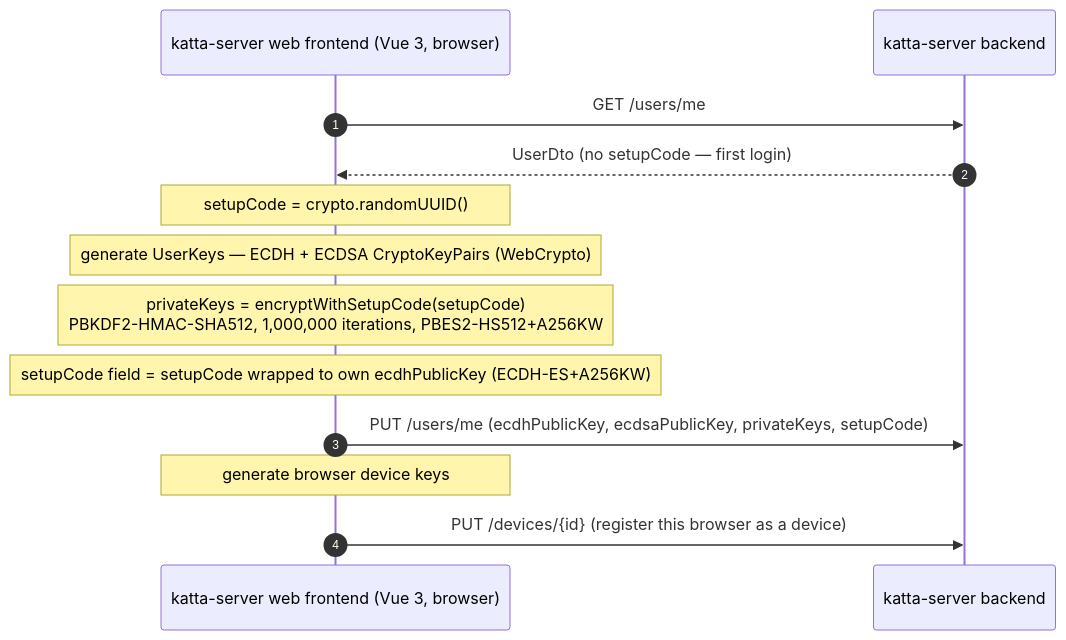
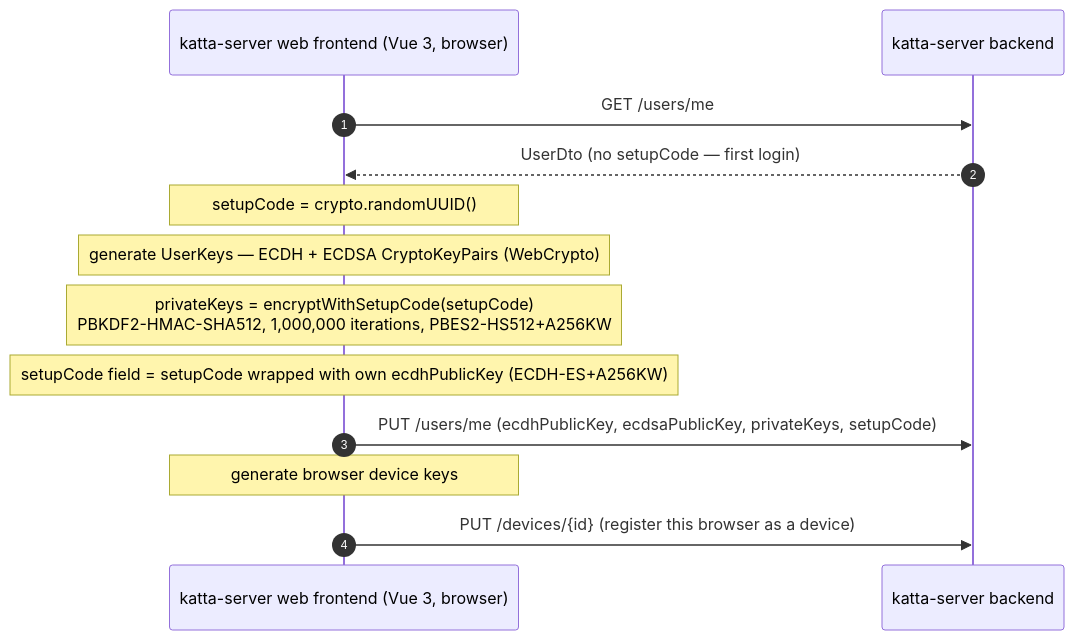
Before and after one commit to shift7-ch/katta-clientlib: the second of 5 diagrams in docs/account_key_interactions.md, drawn with Mermaid. The commit also changed other lines of this file, not shown here.

First line of the commit message:
Fix ECDH-ES key direction and standardize wrapping terminology

````diff
--- a/docs/account_key_interactions.md
+++ b/docs/account_key_interactions.md
@@ -85,16 +85,16 @@
 ```mermaid
 sequenceDiagram
     autonumber
     participant Web as katta-server web frontend (Vue 3, browser)
     participant HubBackend as katta-server backend
 
     Web->>HubBackend: GET /users/me
     HubBackend-->>Web: UserDto (no setupCode — first login)
     Note over Web: setupCode = crypto.randomUUID()
     Note over Web: generate UserKeys — ECDH + ECDSA CryptoKeyPairs (WebCrypto)
     Note over Web: privateKeys = encryptWithSetupCode(setupCode)<br/>PBKDF2-HMAC-SHA512, 1,000,000 iterations, PBES2-HS512+A256KW
-    Note over Web: setupCode field = setupCode wrapped to own ecdhPublicKey (ECDH-ES+A256KW)
+    Note over Web: setupCode field = setupCode wrapped with own ecdhPublicKey (ECDH-ES+A256KW)
     Web->>HubBackend: PUT /users/me (ecdhPublicKey, ecdsaPublicKey, privateKeys, setupCode)
     Note over Web: generate browser device keys
     Web->>HubBackend: PUT /devices/{id} (register this browser as a device)
 ```
````
